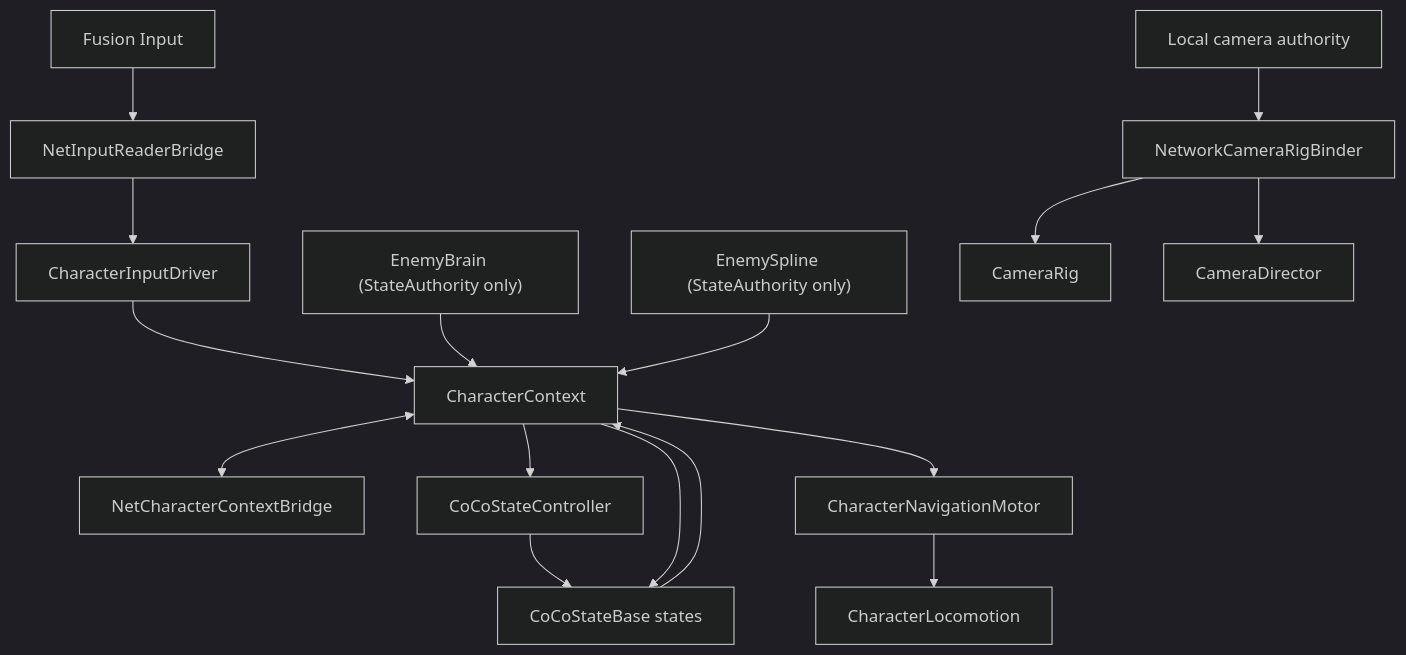
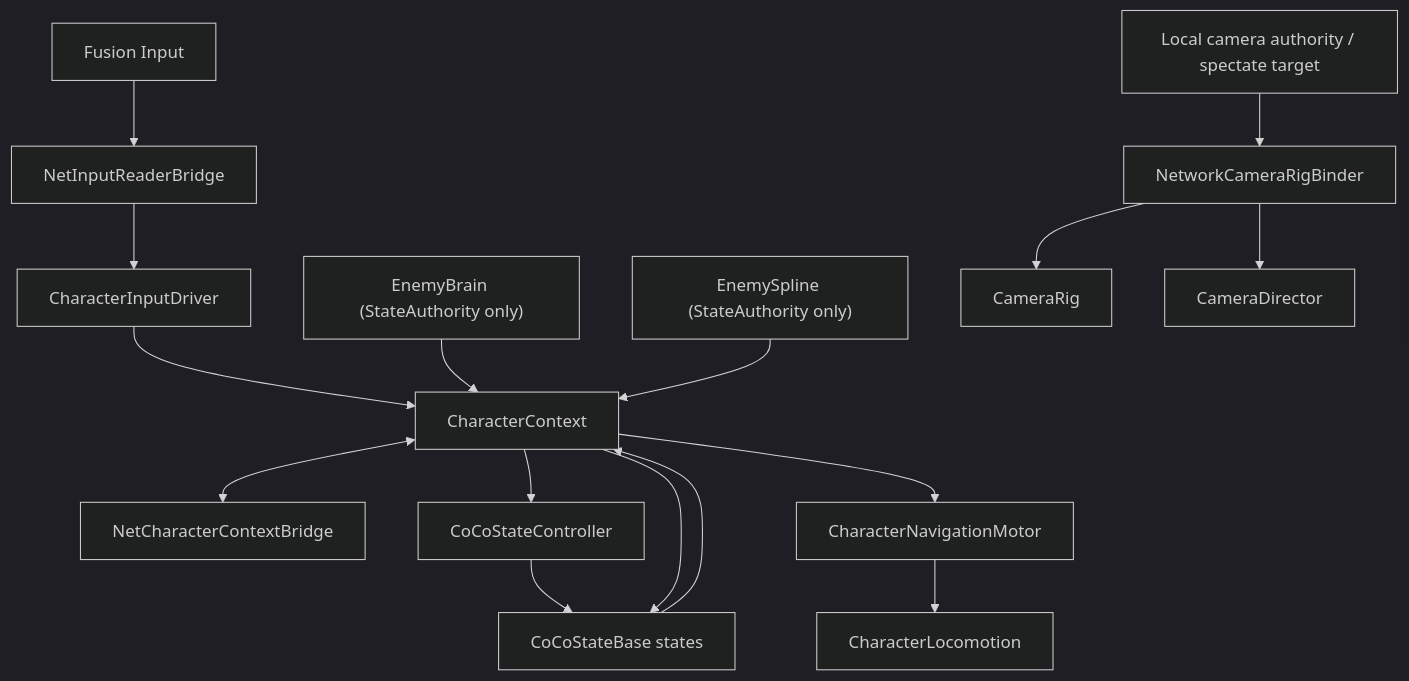
Before and after one commit to YunXEE/CoCoFlow: the diagram in Samples~/Network Samples/README.md, drawn with Mermaid (dark theme). The commit also changed other lines of this file and 20 other files, not shown here.

Commit message:
Prepare 0.3.8 camera rig scheduling

````diff
--- a/Samples~/Network Samples/README.md
+++ b/Samples~/Network Samples/README.md
@@ -15,22 +15,22 @@
 ```mermaid
 flowchart TD
   FusionInput["Fusion Input"] --> InputBridge["NetInputReaderBridge"]
   InputBridge --> InputDriver["CharacterInputDriver"]
   InputDriver --> CharacterCtx["CharacterContext"]
 
   EnemyBrain["EnemyBrain (StateAuthority only)"] --> CharacterCtx
   EnemySpline["EnemySpline (StateAuthority only)"] --> CharacterCtx
 
   CharacterCtx <--> CharacterSync["NetCharacterContextBridge"]
 
   CharacterCtx --> State["CoCoStateController"]
   State --> States["CoCoStateBase states"]
   CharacterCtx --> States
   States --> CharacterCtx
   CharacterCtx --> NavMotor["CharacterNavigationMotor"]
   NavMotor --> Locomotion["CharacterLocomotion"]
 
-  LocalAuthority["Local camera authority"] --> CameraBinder["NetworkCameraRigBinder"]
+  LocalAuthority["Local camera authority / spectate target"] --> CameraBinder["NetworkCameraRigBinder"]
   CameraBinder --> CameraRig["CameraRig"]
   CameraBinder --> CameraDirector["CameraDirector"]
 ```
````
